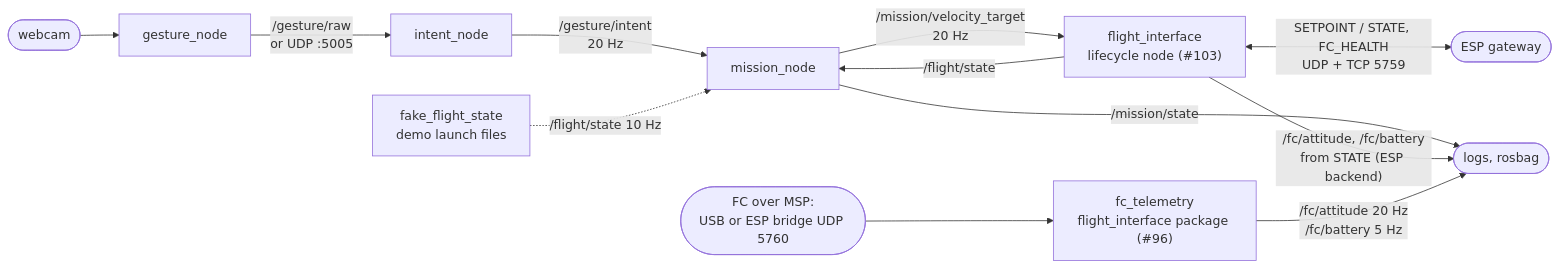
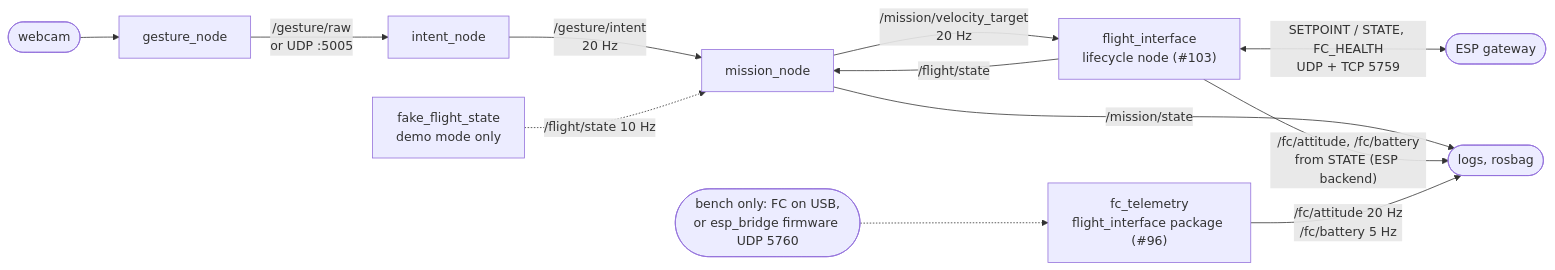
The second of 2 diagrams in docs/PraticalPlan/03 Architecture/Architecture Document.md (SEAME-pt/SEA-ME_Team1_ROSRangers), drawn with Mermaid before and after one commit. The commit also changed other lines of this file, not shown here.

````diff
--- a/docs/PraticalPlan/03 Architecture/Architecture Document.md
+++ b/docs/PraticalPlan/03 Architecture/Architecture Document.md
@@ -67,14 +66,14 @@
 ```mermaid
 flowchart LR
   CAM([webcam]) --> GEST[gesture_node]
   GEST -->|"/gesture/raw<br/>or UDP :5005"| INT[intent_node]
   INT -->|"/gesture/intent<br/>20 Hz"| MIS[mission_node]
   MIS -->|"/mission/velocity_target<br/>20 Hz"| FI["flight_interface<br/>lifecycle node (#103)"]
   MIS -->|"/mission/state"| OUT([logs, rosbag])
   FI -->|"/flight/state"| MIS
   FI <-->|"SETPOINT / STATE, FC_HEALTH<br/>UDP + TCP 5759"| ESP([ESP gateway])
   FI -->|"/fc/attitude, /fc/battery<br/>from STATE (ESP backend)"| OUT
-  FC([FC over MSP:<br/>USB or ESP bridge UDP 5760]) --> FCT["fc_telemetry<br/>flight_interface package (#96)"]
+  FC([bench only: FC on USB,<br/>or esp_bridge firmware UDP 5760]) -.-> FCT["fc_telemetry<br/>flight_interface package (#96)"]
   FCT -->|"/fc/attitude 20 Hz<br/>/fc/battery 5 Hz"| OUT
-  FFS["fake_flight_state<br/>demo launch files"] -.->|"/flight/state 10 Hz"| MIS
+  FFS["fake_flight_state<br/>demo mode only"] -.->|"/flight/state 10 Hz"| MIS
 ```
````
